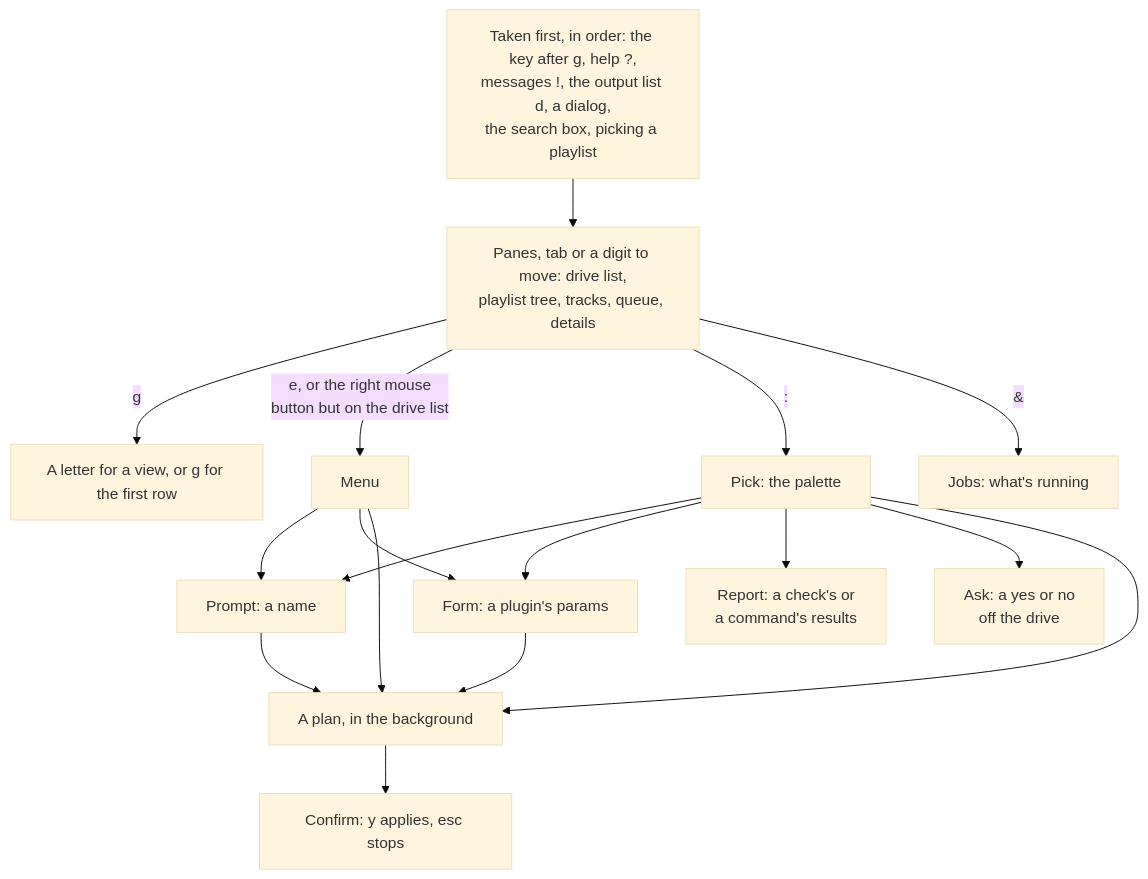
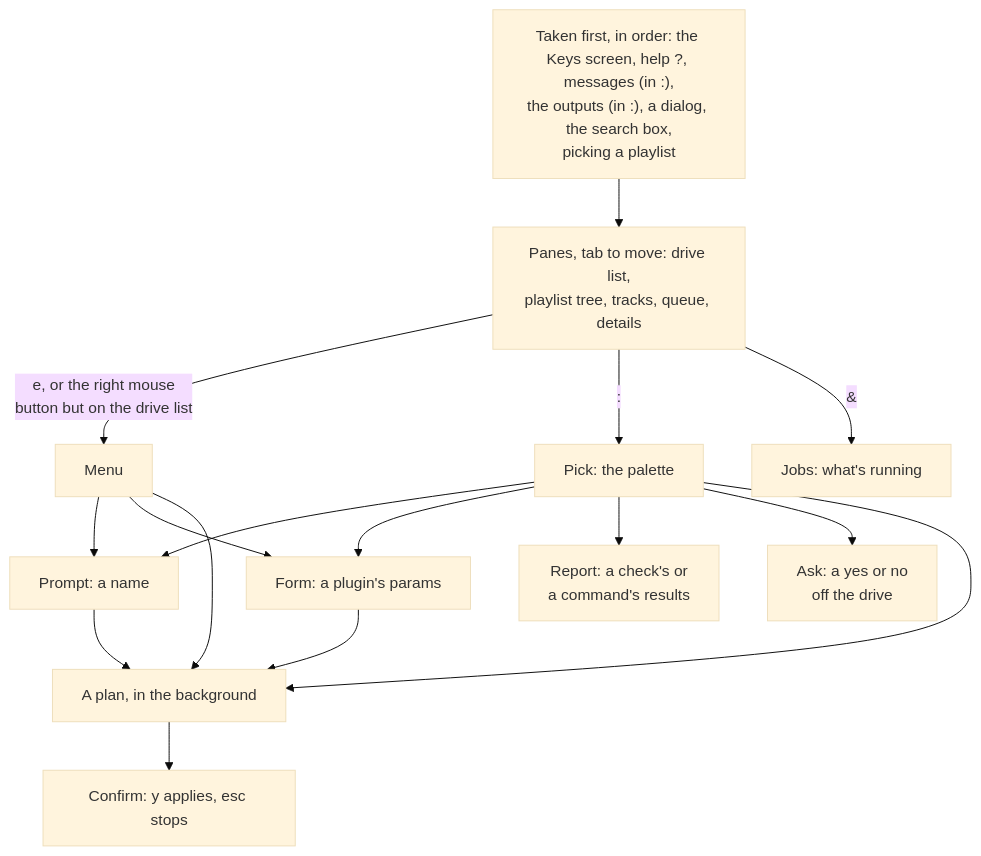
The fourth of 21 diagrams in apps/locallibrary/docs/diagrams/player.md (cutenode/localnetwork), drawn with Mermaid (base theme) before and after one commit. The commit also changed other lines of this file and 186 other files, not shown here.

````diff
--- a/apps/locallibrary/docs/diagrams/player.md
+++ b/apps/locallibrary/docs/diagrams/player.md
@@ -92,19 +96,18 @@
 ```mermaid
 flowchart TD
-    first["Taken first, in order: the key after g, help ?,<br/>messages !, the output list d, a dialog,<br/>the search box, picking a playlist"] --> panes["Panes, tab or a digit to move: drive list,<br/>playlist tree, tracks, queue, details"]
-    panes -->|"g"| chord["A letter for a view, or g for the first row"]
+    first["Taken first, in order: the Keys screen, help ?, messages (in :),<br/>the outputs (in :), a dialog, the search box,<br/>picking a playlist"] --> panes["Panes, tab to move: drive list,<br/>playlist tree, tracks, queue, details"]
     panes -->|"e, or the right mouse<br/>button but on the drive list"| menu["Menu"]
     panes -->|":"| pick["Pick: the palette"]
     panes -->|"&"| jobs["Jobs: what's running"]
     menu --> prompt["Prompt: a name"]
     pick --> prompt
     menu --> form["Form: a plugin's params"]
     pick --> form
     pick --> report["Report: a check's or<br/>a command's results"]
     pick --> ask["Ask: a yes or no<br/>off the drive"]
     prompt --> plan["A plan, in the background"]
     menu --> plan
     pick --> plan
     form --> plan
     plan --> confirm["Confirm: y applies, esc stops"]
 ```
````
